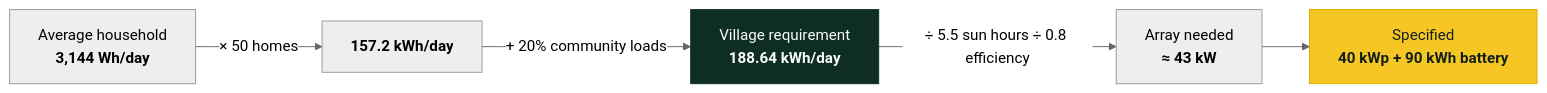
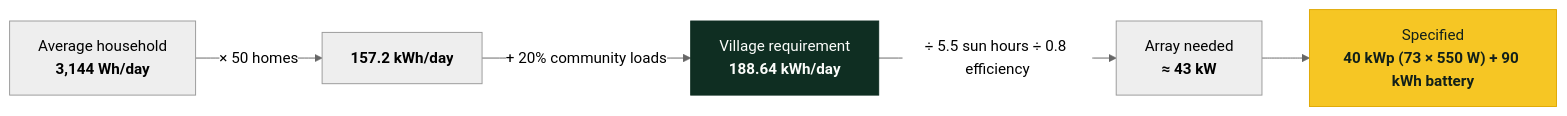
One commit to Roushan-2104/Urasicous-Clean-Tech changed the second of 9 diagrams in README.md. Above: the diagram before and after it, drawn with Mermaid (neutral theme). The commit also changed other lines of this file and 18 other files, not shown here.

````diff
--- a/README.md
+++ b/README.md
@@ -108,9 +159,9 @@
 ```mermaid
 flowchart LR
     A["Average household<br><b>3,144 Wh/day</b>"] -->|"× 50 homes"| B["<b>157.2 kWh/day</b>"]
     B -->|"+ 20% community loads"| C["Village requirement<br><b>188.64 kWh/day</b>"]
     C -->|"÷ 5.5 sun hours ÷ 0.8 efficiency"| D["Array needed<br><b>≈ 43 kW</b>"]
-    D --> E["Specified<br><b>40 kWp + 90 kWh battery</b>"]
+    D --> E["Specified<br><b>40 kWp (73 × 550 W) + 90 kWh battery</b>"]
     style C fill:#0f2e22,color:#fbfcfa,stroke:#0f2e22
     style E fill:#f6c624,color:#12201a,stroke:#e0a800
 ```
````
